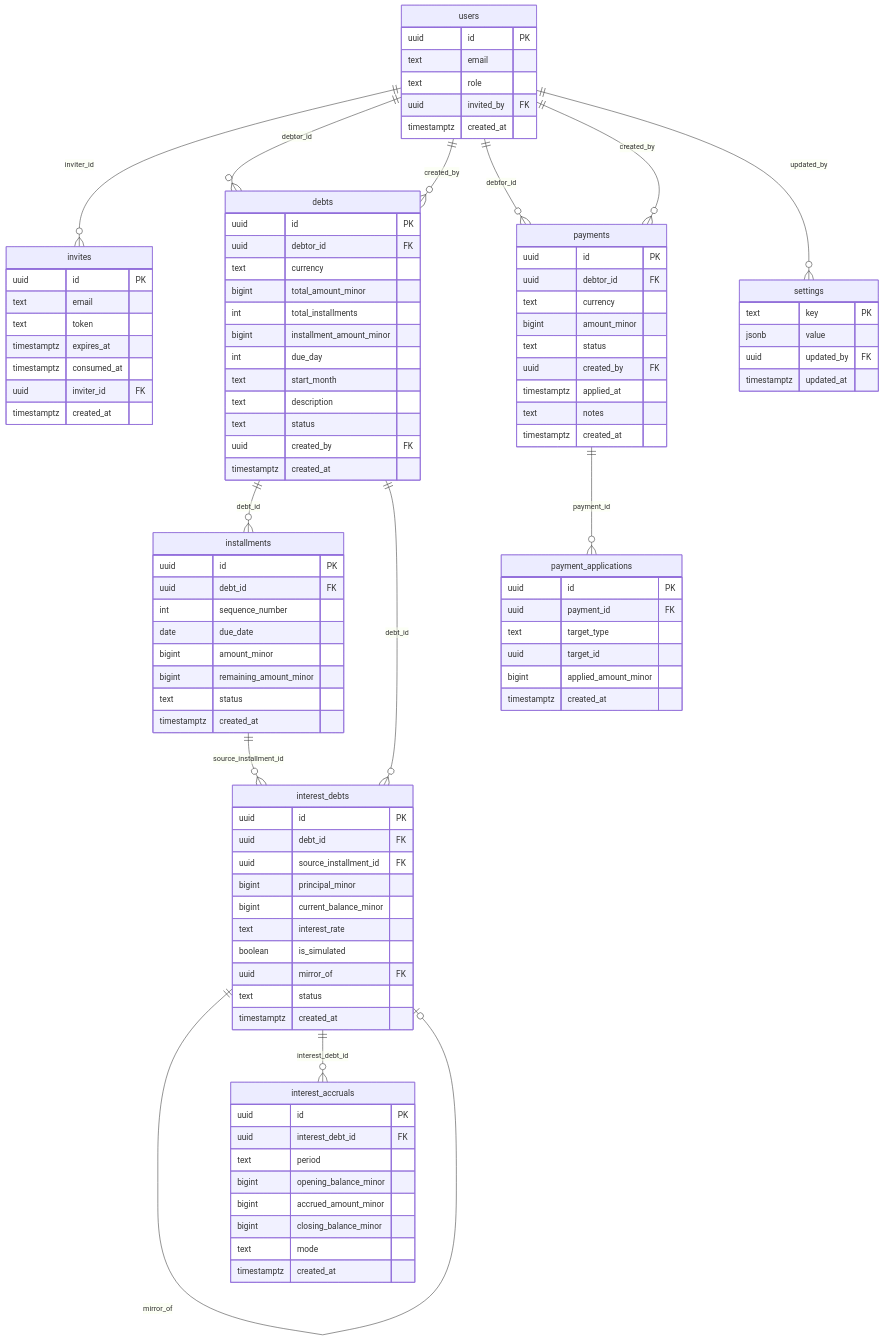
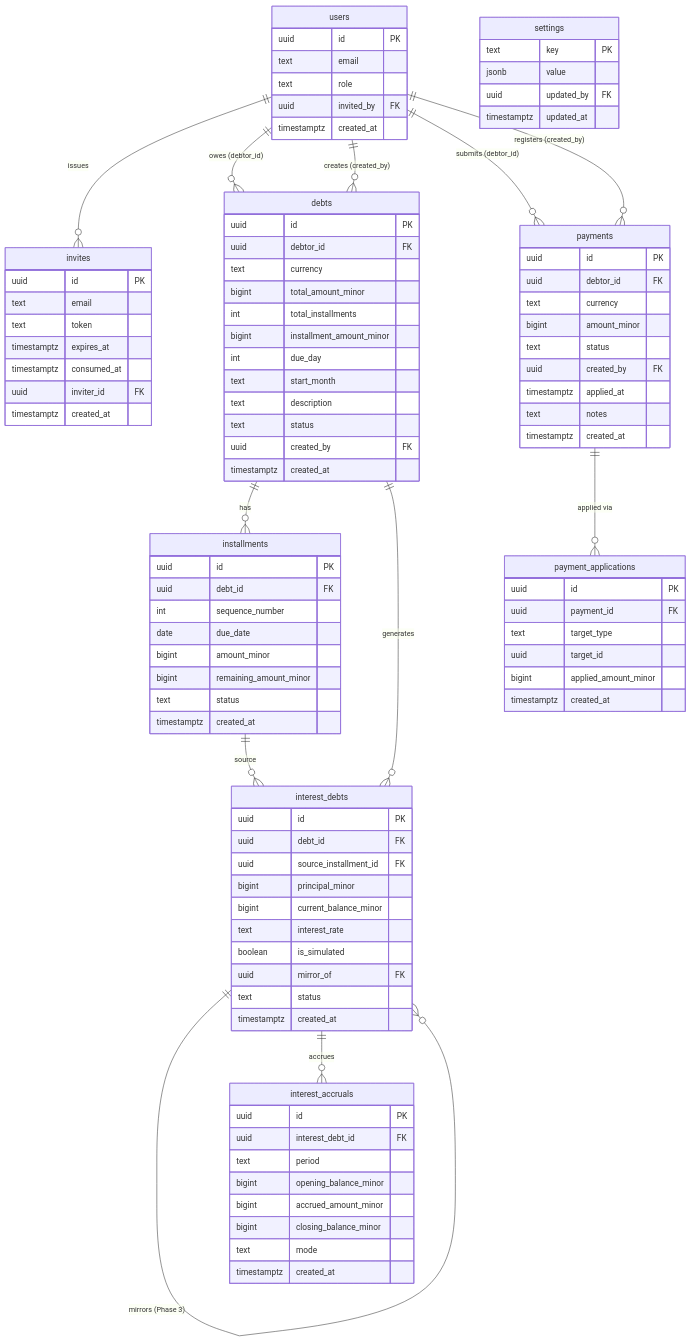
The diagram in docs/architecture/data-model.md (aramirez087/AlexTePresta), drawn with Mermaid before and after one commit. The commit also changed other lines of this file and 41 other files, not shown here.

First line of the commit message:
feat: Session 2 — bootstrap and schema

````diff
--- a/docs/architecture/data-model.md
+++ b/docs/architecture/data-model.md
@@ -13,7 +13,6 @@
         uuid invited_by FK
         timestamptz created_at
     }
-
     invites {
         uuid id PK
         text email
@@ -23,7 +22,6 @@
         uuid inviter_id FK
         timestamptz created_at
     }
-
     debts {
         uuid id PK
         uuid debtor_id FK
@@ -38,7 +36,6 @@
         uuid created_by FK
         timestamptz created_at
     }
-
     installments {
         uuid id PK
         uuid debt_id FK
@@ -49,7 +46,6 @@
         text status
         timestamptz created_at
     }
-
     interest_debts {
         uuid id PK
         uuid debt_id FK
@@ -62,7 +58,6 @@
         text status
         timestamptz created_at
     }
-
     payments {
         uuid id PK
         uuid debtor_id FK
@@ -74,7 +69,6 @@
         text notes
         timestamptz created_at
     }
-
     payment_applications {
         uuid id PK
         uuid payment_id FK
@@ -83,7 +77,6 @@
         bigint applied_amount_minor
         timestamptz created_at
     }
-
     interest_accruals {
         uuid id PK
         uuid interest_debt_id FK
@@ -94,7 +87,6 @@
         text mode
         timestamptz created_at
     }
-
     settings {
         text key PK
         jsonb value
@@ -102,16 +94,15 @@
         timestamptz updated_at
     }
 
-    users ||--o{ invites : "inviter_id"
-    users ||--o{ debts : "debtor_id"
-    users ||--o{ debts : "created_by"
-    users ||--o{ payments : "debtor_id"
-    users ||--o{ payments : "created_by"
-    users ||--o{ settings : "updated_by"
-    debts ||--o{ installments : "debt_id"
-    debts ||--o{ interest_debts : "debt_id"
-    installments ||--o{ interest_debts : "source_installment_id"
-    interest_debts ||--o| interest_debts : "mirror_of"
-    payments ||--o{ payment_applications : "payment_id"
-    interest_debts ||--o{ interest_accruals : "interest_debt_id"
+    users ||--o{ invites : "issues"
+    users ||--o{ debts : "owes (debtor_id)"
+    users ||--o{ debts : "creates (created_by)"
+    users ||--o{ payments : "submits (debtor_id)"
+    users ||--o{ payments : "registers (created_by)"
+    debts ||--o{ installments : "has"
+    debts ||--o{ interest_debts : "generates"
+    installments ||--o{ interest_debts : "source"
+    interest_debts ||--o{ interest_debts : "mirrors (Phase 3)"
+    payments ||--o{ payment_applications : "applied via"
+    interest_debts ||--o{ interest_accruals : "accrues"
 ```
````
